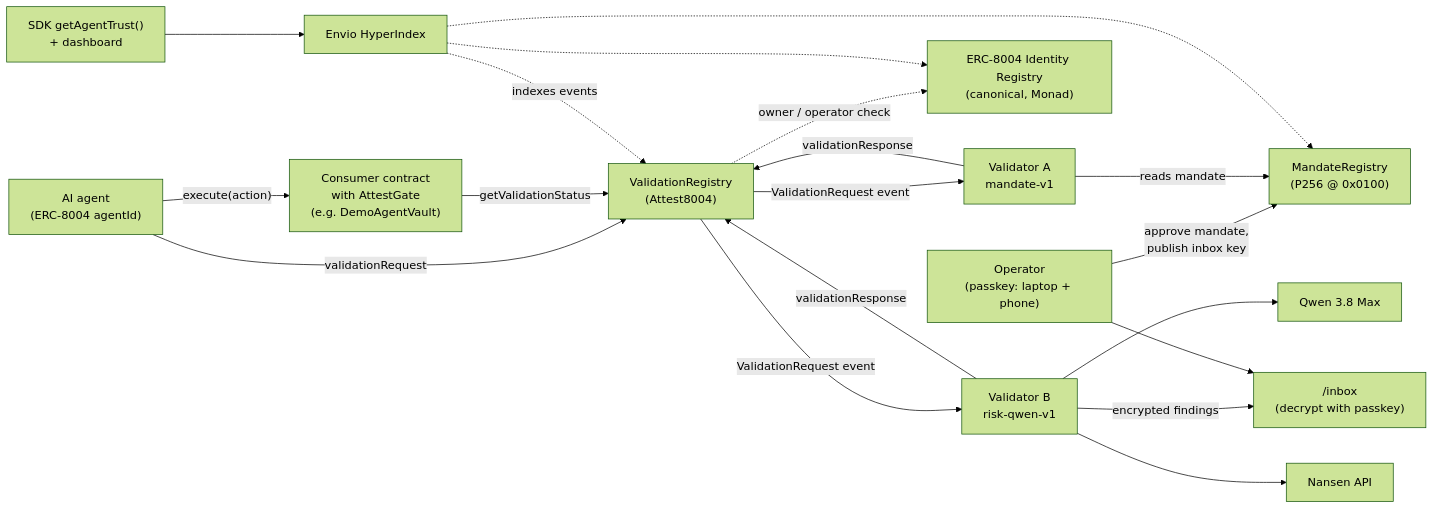
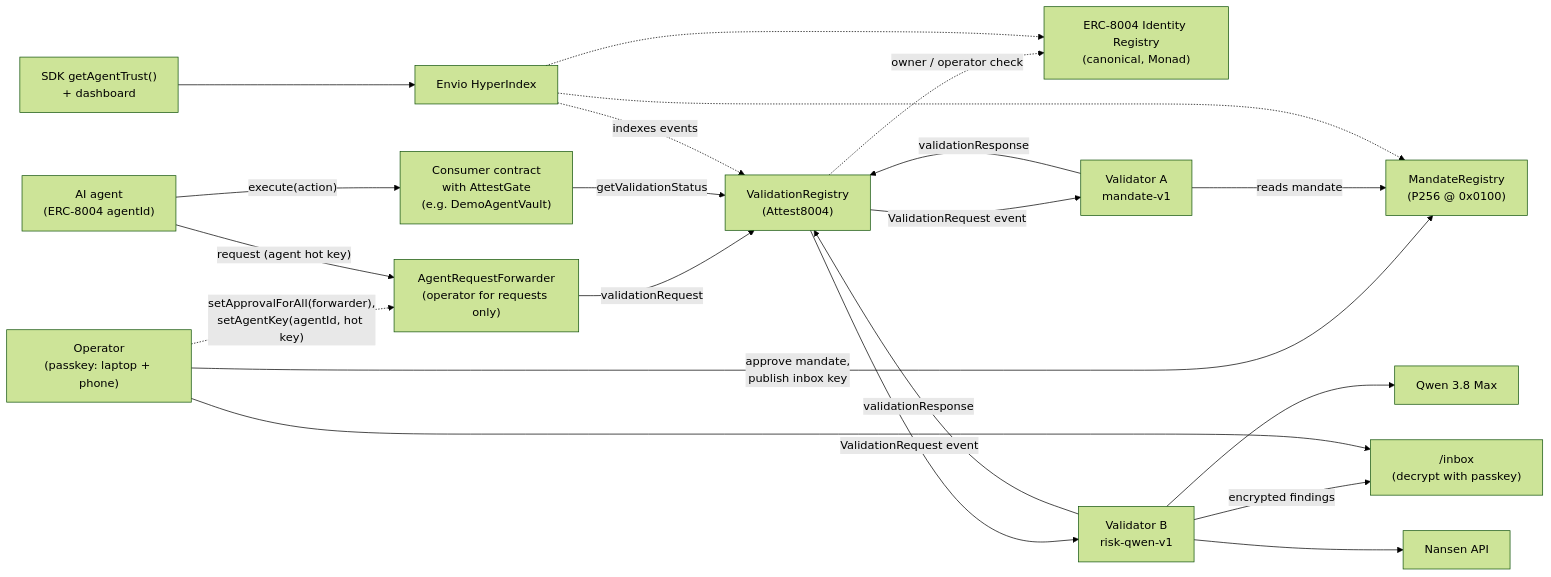
Before and after one commit to AmitChowdary122/attest8004: the first of 5 diagrams in ARCHITECTURE.md, drawn with Mermaid (forest theme). The commit also changed other lines of this file and 4 other files, not shown here.

First line of the commit message:
feat(contracts): AgentRequestForwarder, a validationRequest-only operator for agent hot keys

````diff
--- a/ARCHITECTURE.md
+++ b/ARCHITECTURE.md
@@ -28,35 +28,38 @@
 ```mermaid
 flowchart LR
   OP["Operator<br/>(passkey: laptop + phone)"]
   AG["AI agent<br/>(ERC-8004 agentId)"]
   ID["ERC-8004 Identity Registry<br/>(canonical, Monad)"]
   VR["ValidationRegistry<br/>(Attest8004)"]
+  FW["AgentRequestForwarder<br/>(operator for requests only)"]
   MR["MandateRegistry<br/>(P256 @ 0x0100)"]
   VA["Validator A<br/>mandate-v1"]
   VB["Validator B<br/>risk-qwen-v1"]
   QW["Qwen 3.8 Max"]
   NS["Nansen API"]
   GATE["Consumer contract<br/>with AttestGate<br/>(e.g. DemoAgentVault)"]
   IDX["Envio HyperIndex"]
   UI["SDK getAgentTrust()<br/>+ dashboard"]
   INBOX["/inbox<br/>(decrypt with passkey)"]
 
   OP -->|"approve mandate,<br/>publish inbox key"| MR
-  AG -->|validationRequest| VR
+  OP -.->|"setApprovalForAll(forwarder),<br/>setAgentKey(agentId, hot key)"| FW
+  AG -->|"request (agent hot key)"| FW
+  FW -->|validationRequest| VR
   VR -.->|"owner / operator check"| ID
   VR -->|ValidationRequest event| VA
   VR -->|ValidationRequest event| VB
   VA -->|reads mandate| MR
   VB --> QW
   VB --> NS
   VA -->|validationResponse| VR
   VB -->|validationResponse| VR
   AG -->|"execute(action)"| GATE
   GATE -->|getValidationStatus| VR
   VB -->|encrypted findings| INBOX
   OP --> INBOX
   IDX -.->|indexes events| VR
   IDX -.-> MR
   IDX -.-> ID
   UI --> IDX
 ```
````
